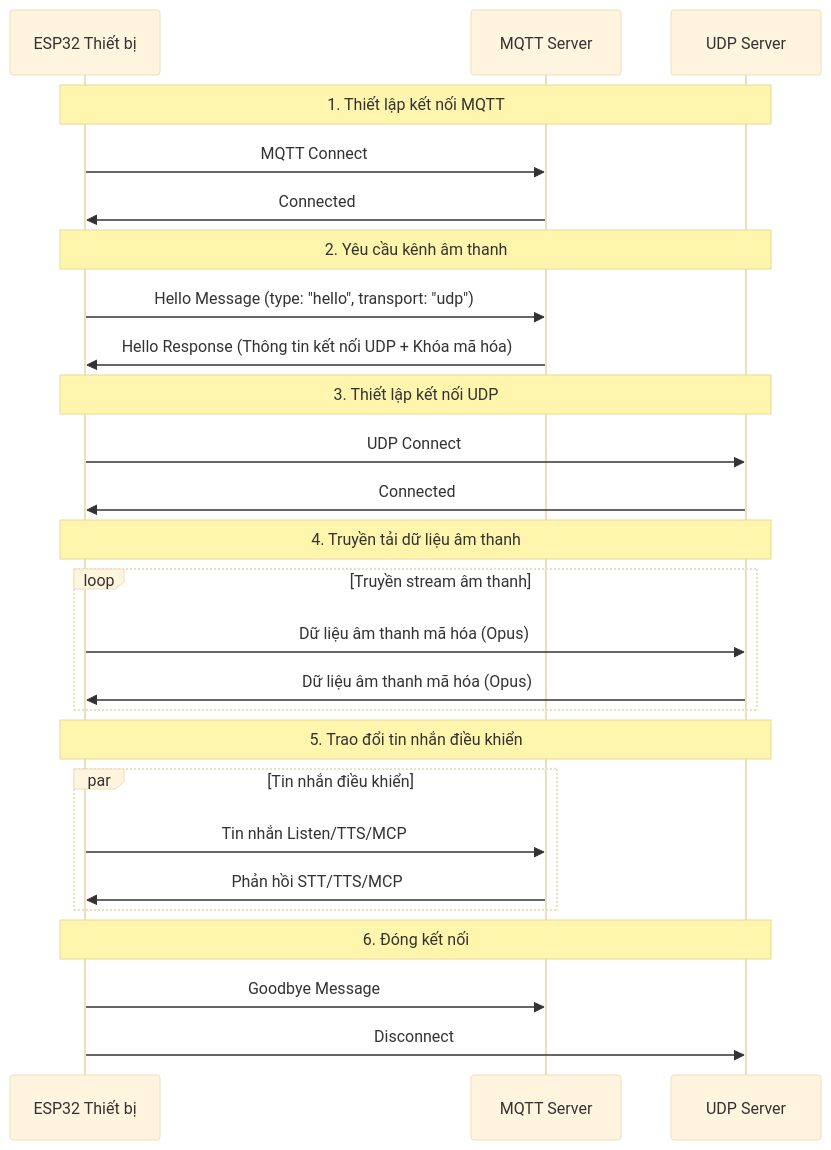
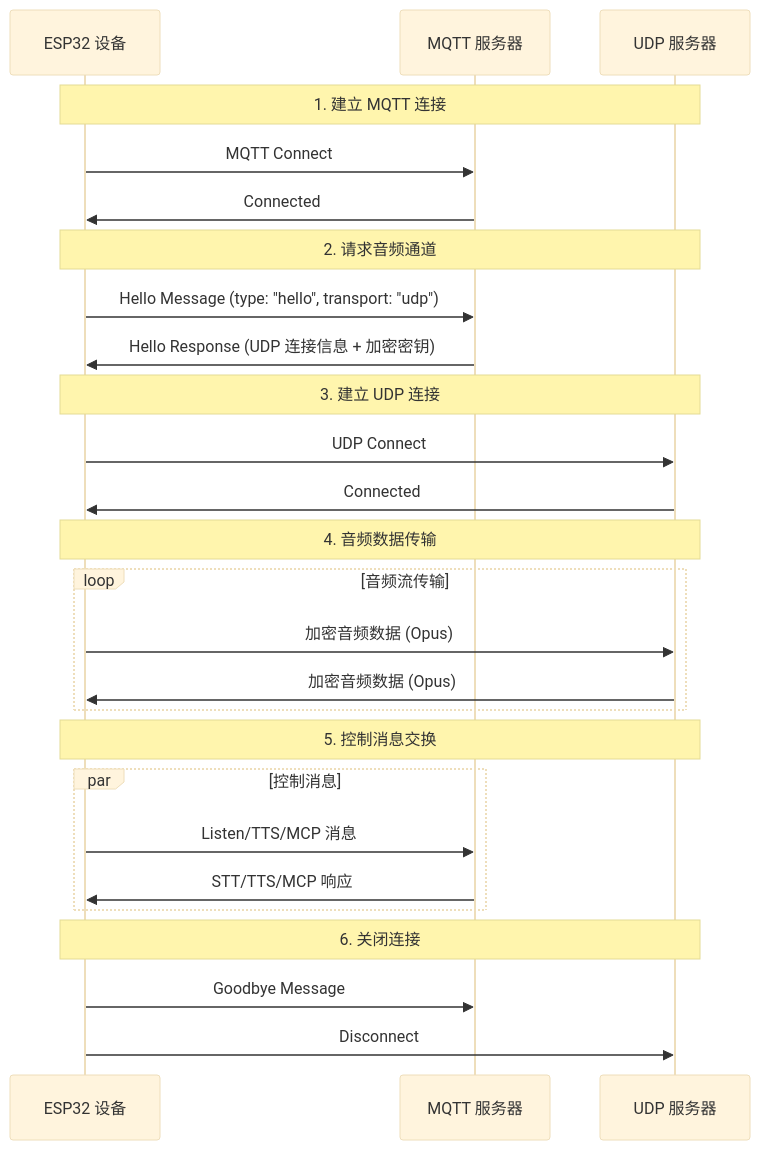
One commit to NTC95-Xiaozhi-Esp32/Xiaozhi_NTC_SDCARD changed the first of 2 diagrams in docs/mqtt-udp.md. Above: the diagram before and after it, drawn with Mermaid (base theme). The commit also changed other lines of this file and 219 other files, not shown here.

````diff
--- a/docs/mqtt-udp.md
+++ b/docs/mqtt-udp.md
@@ -26,34 +24,34 @@
 ```mermaid
 sequenceDiagram
-    participant Device as ESP32 Thiết bị
-    participant MQTT as MQTT Server
-    participant UDP as UDP Server
+    participant Device as ESP32 设备
+    participant MQTT as MQTT 服务器
+    participant UDP as UDP 服务器
 
-    Note over Device, UDP: 1. Thiết lập kết nối MQTT
+    Note over Device, UDP: 1. 建立 MQTT 连接
     Device->>MQTT: MQTT Connect
     MQTT->>Device: Connected
 
-    Note over Device, UDP: 2. Yêu cầu kênh âm thanh
+    Note over Device, UDP: 2. 请求音频通道
     Device->>MQTT: Hello Message (type: "hello", transport: "udp")
-    MQTT->>Device: Hello Response (Thông tin kết nối UDP + Khóa mã hóa)
+    MQTT->>Device: Hello Response (UDP 连接信息 + 加密密钥)
 
-    Note over Device, UDP: 3. Thiết lập kết nối UDP
+    Note over Device, UDP: 3. 建立 UDP 连接
     Device->>UDP: UDP Connect
     UDP->>Device: Connected
 
-    Note over Device, UDP: 4. Truyền tải dữ liệu âm thanh
-    loop Truyền stream âm thanh
-        Device->>UDP: Dữ liệu âm thanh mã hóa (Opus)
-        UDP->>Device: Dữ liệu âm thanh mã hóa (Opus)
+    Note over Device, UDP: 4. 音频数据传输
+    loop 音频流传输
+        Device->>UDP: 加密音频数据 (Opus)
+        UDP->>Device: 加密音频数据 (Opus)
     end
 
-    Note over Device, UDP: 5. Trao đổi tin nhắn điều khiển
-    par Tin nhắn điều khiển
-        Device->>MQTT: Tin nhắn Listen/TTS/MCP
-        MQTT->>Device: Phản hồi STT/TTS/MCP
+    Note over Device, UDP: 5. 控制消息交换
+    par 控制消息
+        Device->>MQTT: Listen/TTS/MCP 消息
+        MQTT->>Device: STT/TTS/MCP 响应
     end
 
-    Note over Device, UDP: 6. Đóng kết nối
+    Note over Device, UDP: 6. 关闭连接
     Device->>MQTT: Goodbye Message
     Device->>UDP: Disconnect
 ```
````
